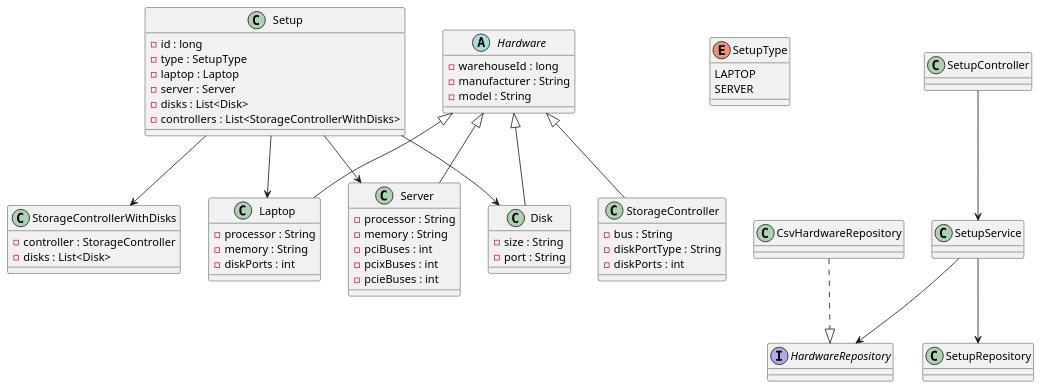
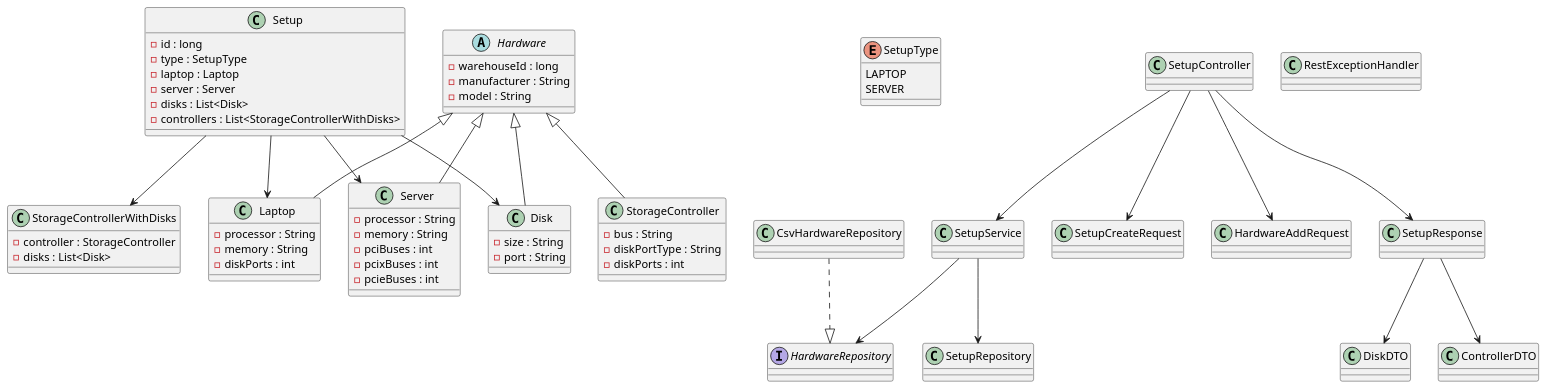
One commit to ybarhoush/hwshop changed the diagram in docs/diagrams/hwshop.puml. Above: the diagram before and after it, drawn with PlantUML. The commit also changed 5 other files, not shown here.

Commit message:
test(integration): added WebTestClient tests for setup flow

```diff
--- a/docs/diagrams/hwshop.puml
+++ b/docs/diagrams/hwshop.puml
@@ -1,72 +1,82 @@
 @startuml
 
-' Base class
 abstract class Hardware {
   - warehouseId : long
   - manufacturer : String
   - model : String
 }
 
-' Domain models
 class Laptop extends Hardware {
   - processor : String
   - memory : String
   - diskPorts : int
 }
 
 class Server extends Hardware {
   - processor : String
   - memory : String
   - pciBuses : int
   - pcixBuses : int
   - pcieBuses : int
 }
 
 class Disk extends Hardware {
   - size : String
   - port : String
 }
 
 class StorageController extends Hardware {
   - bus : String
   - diskPortType : String
   - diskPorts : int
 }
 
 class StorageControllerWithDisks {
   - controller : StorageController
   - disks : List<Disk>
 }
 
 enum SetupType {
   LAPTOP
   SERVER
 }
 
 class Setup {
   - id : long
   - type : SetupType
   - laptop : Laptop
   - server : Server
   - disks : List<Disk>
   - controllers : List<StorageControllerWithDisks>
 }
 
 interface HardwareRepository
 class CsvHardwareRepository
 CsvHardwareRepository ..|> HardwareRepository
 
 class SetupRepository
 class SetupService
 class SetupController
+class RestExceptionHandler
 
-' Relationships
+class SetupCreateRequest
+class HardwareAddRequest
+class SetupResponse
+class DiskDTO
+class ControllerDTO
+
+SetupController --> SetupService
+SetupService --> SetupRepository
+SetupService --> HardwareRepository
 Setup --> Laptop
 Setup --> Server
 Setup --> Disk
 Setup --> StorageControllerWithDisks
-SetupService --> SetupRepository
-SetupService --> HardwareRepository
-SetupController --> SetupService
+
+SetupController --> SetupCreateRequest
+SetupController --> HardwareAddRequest
+SetupController --> SetupResponse
+SetupResponse --> DiskDTO
+SetupResponse --> ControllerDTO
 
 @enduml
```
